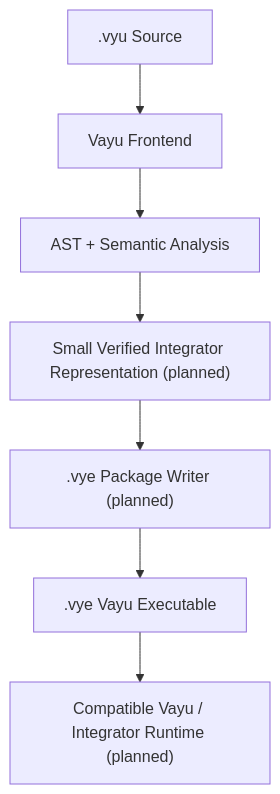
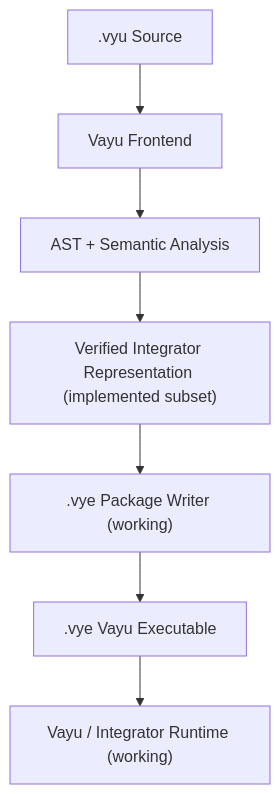
One commit to NotY215/Vayu changed the diagram in README.md. Above: the diagram before and after it, drawn with Mermaid. The commit also changed other lines of this file, not shown here.

Commit message:
Align README roadmap status with VIB progress

````diff
--- a/README.md
+++ b/README.md
@@ -173,9 +173,9 @@
 ```mermaid
 flowchart TD
     S[".vyu Source"] --> F["Vayu Frontend"]
     F --> A["AST + Semantic Analysis"]
-    A --> I["Small Verified Integrator Representation (planned)"]
-    I --> P[".vye Package Writer (planned)"]
+    A --> I["Verified Integrator Representation (implemented subset)"]
+    I --> P[".vye Package Writer (working)"]
     P --> E[".vye Vayu Executable"]
-    E --> R["Compatible Vayu / Integrator Runtime (planned)"]
+    E --> R["Vayu / Integrator Runtime (working)"]
 ```
````
